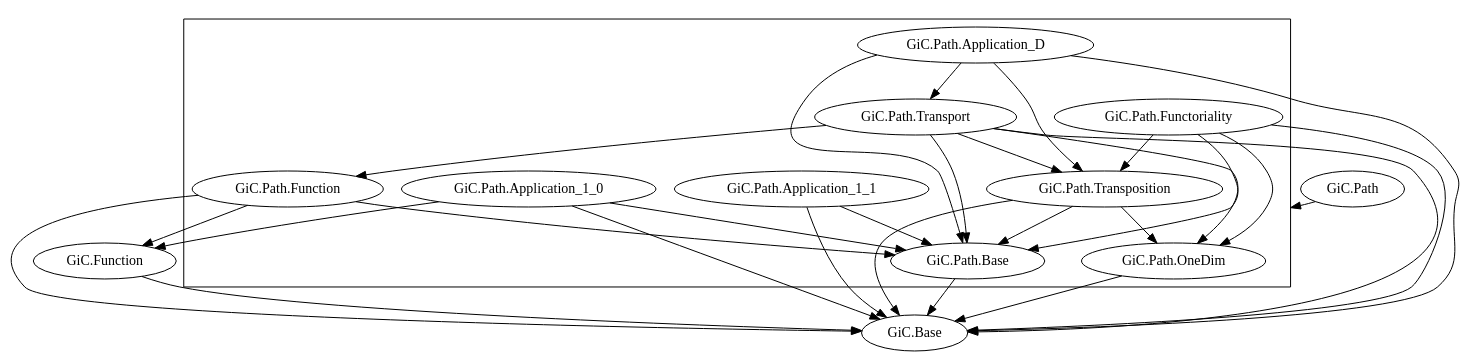
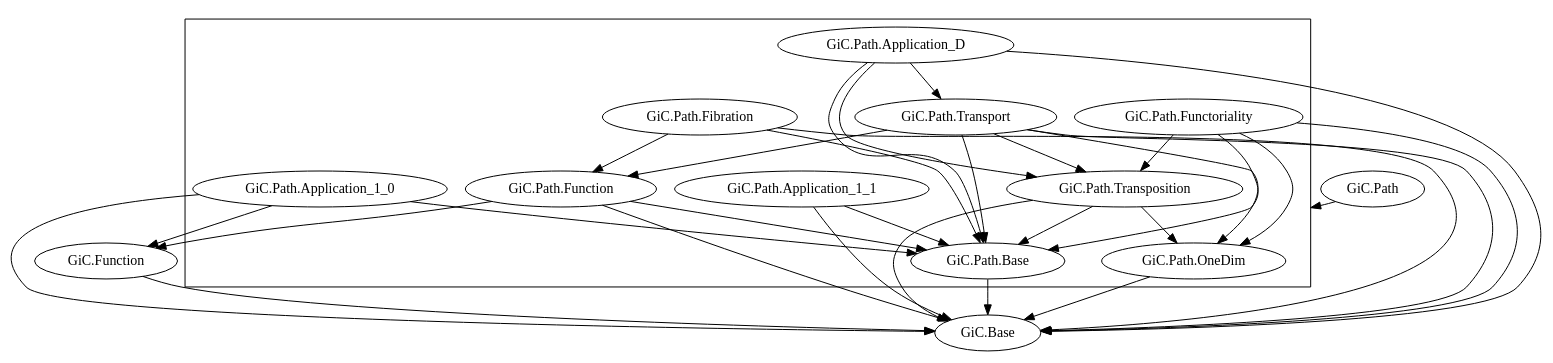
One commit to Hexirp/googology-in-coq changed the diagram in documents/libraries.gv. Above: the diagram before and after it, drawn with Graphviz. The commit also changed 4 other files, not shown here.

First line of the commit message:
Add: GiC.Main から GiC.Path.Fibration を分割する

```diff
--- a/documents/libraries.gv
+++ b/documents/libraries.gv
@@ -1,67 +1,73 @@
 digraph dependency_graph {
   compound = true;
 
   # GiC.Base
 
   # GiC.Function
   "GiC.Function" -> "GiC.Base";
 
   # GiC.Path.Base
   "GiC.Path.Base" -> "GiC.Base";
 
   # GiC.Path.Function
   "GiC.Path.Function" -> "GiC.Base";
   "GiC.Path.Function" -> "GiC.Function";
   "GiC.Path.Function" -> "GiC.Path.Base";
 
   # GiC.Path.OneDim
   "GiC.Path.OneDim" -> "GiC.Base";
 
   # GiC.Path.Transposition
   "GiC.Path.Transposition" -> "GiC.Base";
   "GiC.Path.Transposition" -> "GiC.Path.Base";
   "GiC.Path.Transposition" -> "GiC.Path.OneDim";
 
   # GiC.Path.Functoriality
   "GiC.Path.Functoriality" -> "GiC.Base";
   "GiC.Path.Functoriality" -> "GiC.Path.Base";
   "GiC.Path.Functoriality" -> "GiC.Path.OneDim";
   "GiC.Path.Functoriality" -> "GiC.Path.Transposition";
 
   # GiC.Path.Application_1_0
   "GiC.Path.Application_1_0" -> "GiC.Base";
   "GiC.Path.Application_1_0" -> "GiC.Function";
   "GiC.Path.Application_1_0" -> "GiC.Path.Base";
 
   # GiC.Path.Application_1_1
   "GiC.Path.Application_1_1" -> "GiC.Base";
   "GiC.Path.Application_1_1" -> "GiC.Path.Base";
 
   # GiC.Path.Transport
   "GiC.Path.Transport" -> "GiC.Base";
   "GiC.Path.Transport" -> "GiC.Path.Base";
   "GiC.Path.Transport" -> "GiC.Path.Function";
   "GiC.Path.Transport" -> "GiC.Path.OneDim";
   "GiC.Path.Transport" -> "GiC.Path.Transposition";
 
+  # GiC.Path.Fibration
+  "GiC.Path.Fibration" -> "GiC.Base";
+  "GiC.Path.Fibration" -> "GiC.Path.Base";
+  "GiC.Path.Fibration" -> "GiC.Path.Function";
+
   # GiC.Path.Application_D
   "GiC.Path.Application_D" -> "GiC.Base";
   "GiC.Path.Application_D" -> "GiC.Path.Base";
   "GiC.Path.Application_D" -> "GiC.Path.Transposition";
   "GiC.Path.Application_D" -> "GiC.Path.Transport";
 
   # GiC.Path
   subgraph cluster_GiC_Path {
     "GiC.Path.Base";
     "GiC.Path.Function";
     "GiC.Path.OneDim";
     "GiC.Path.Transposition";
     "GiC.Path.Functoriality";
     "GiC.Path.Application_1_0";
     "GiC.Path.Application_1_1";
     "GiC.Path.Transport";
+    "GiC.Path.Fibration";
     "GiC.Path.Application_D";
   }
 
   "GiC.Path" -> "GiC.Path.Base" [lhead = cluster_GiC_Path];
 }
```
